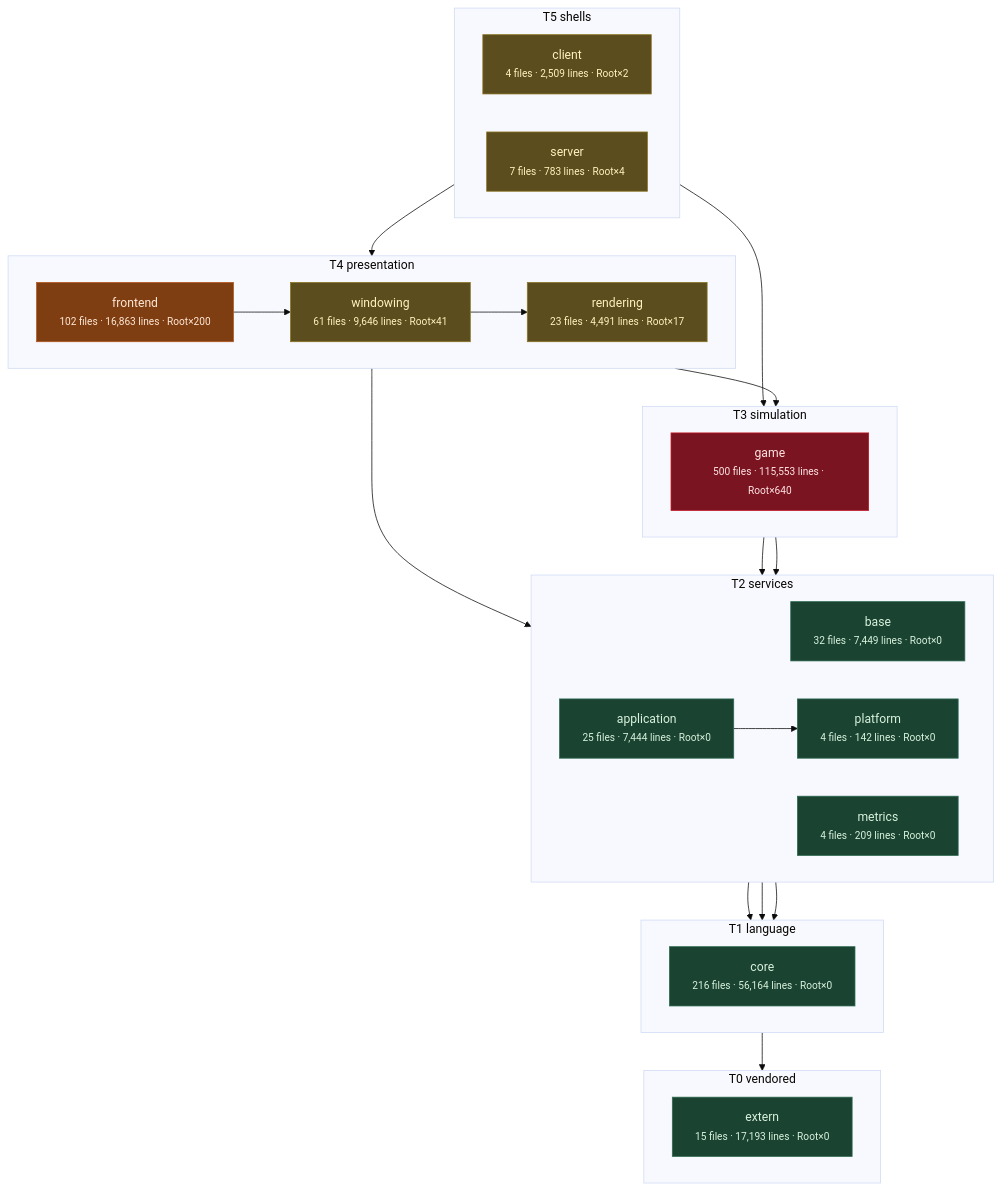
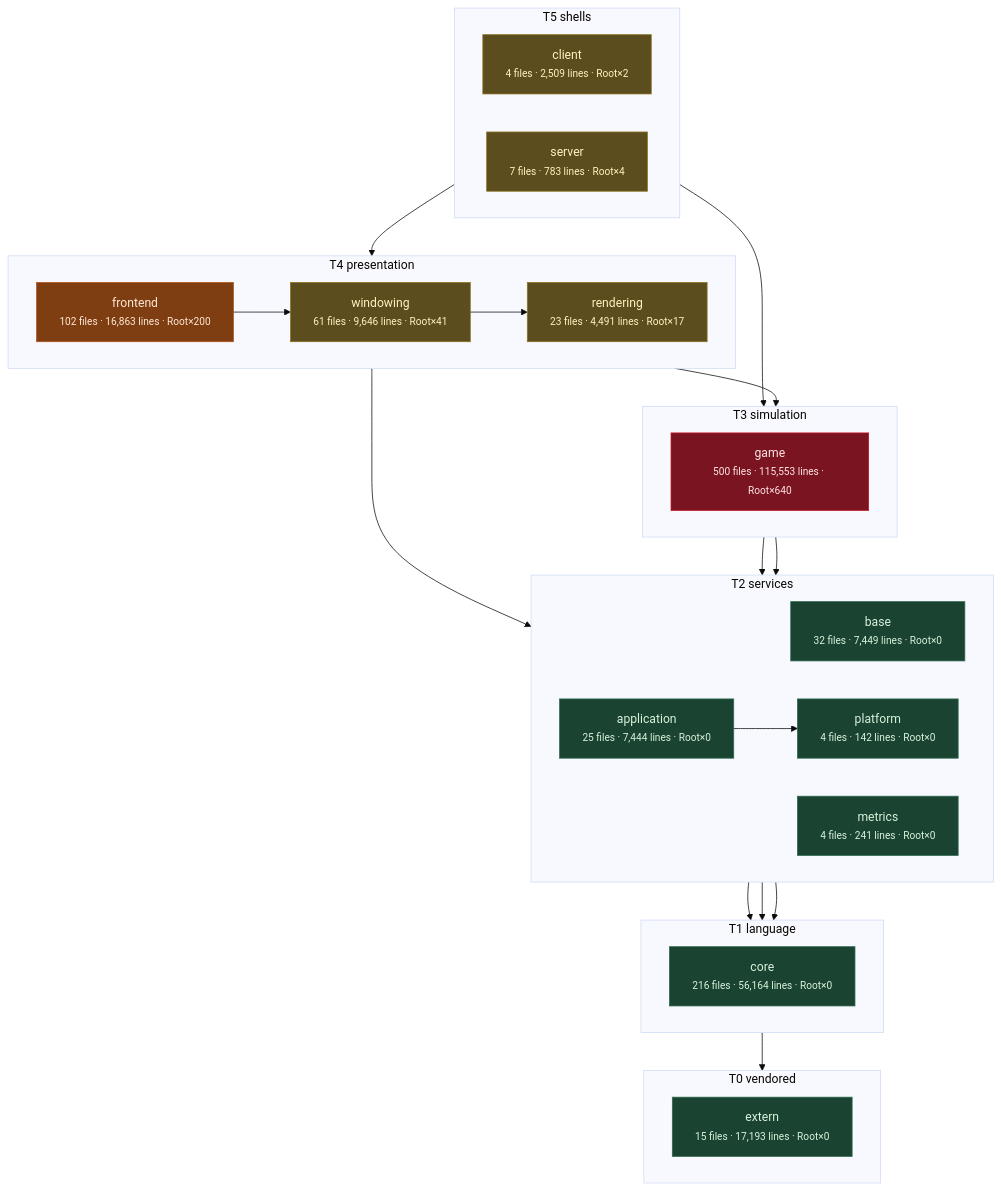
Before and after one commit to apnex/OpenStarbound: the third of 11 diagrams in docs/architecture/system-boundaries.md, drawn with Mermaid (base theme). The commit also changed other lines of this file and 3 other files, not shown here.

````diff
--- a/docs/architecture/system-boundaries.md
+++ b/docs/architecture/system-boundaries.md
@@ -271,54 +271,54 @@
 ```mermaid
 flowchart TD
   subgraph T0["T0 vendored"]
     direction LR
     extern["extern<br/><small>15 files · 17,193 lines · Root×0</small>"]
   end
   subgraph T1["T1 language"]
     direction LR
     core["core<br/><small>216 files · 56,164 lines · Root×0</small>"]
   end
   subgraph T2["T2 services"]
     direction LR
     base["base<br/><small>32 files · 7,449 lines · Root×0</small>"]
-    metrics["metrics<br/><small>4 files · 209 lines · Root×0</small>"]
+    metrics["metrics<br/><small>4 files · 241 lines · Root×0</small>"]
     platform["platform<br/><small>4 files · 142 lines · Root×0</small>"]
     application["application<br/><small>25 files · 7,444 lines · Root×0</small>"]
   end
   subgraph T3["T3 simulation"]
     direction LR
     game["game<br/><small>500 files · 115,553 lines · Root×640</small>"]
   end
   subgraph T4["T4 presentation"]
     direction LR
     rendering["rendering<br/><small>23 files · 4,491 lines · Root×17</small>"]
     windowing["windowing<br/><small>61 files · 9,646 lines · Root×41</small>"]
     frontend["frontend<br/><small>102 files · 16,863 lines · Root×200</small>"]
   end
   subgraph T5["T5 shells"]
     direction LR
     client["client<br/><small>4 files · 2,509 lines · Root×2</small>"]
     server["server<br/><small>7 files · 783 lines · Root×4</small>"]
   end
   core --> extern
   base --> core
   metrics --> core
   platform --> core
   application --> platform
   game --> base
   game --> platform
   rendering --> application
   rendering --> game
   windowing --> rendering
   frontend --> windowing
   client --> frontend
   server --> game
   classDef clean fill:#1b4332,stroke:#2d6a4f,color:#d8f3dc
   classDef warm  fill:#5c4d1e,stroke:#8a7420,color:#fff3bf
   classDef hot   fill:#7f3e12,stroke:#b5561b,color:#ffe8d6
   classDef blaze fill:#7a1420,stroke:#c1121f,color:#ffe5e5
   class extern,core,base,metrics,platform,application clean
   class rendering,windowing,client,server warm
   class frontend hot
   class game blaze
 ```
````
